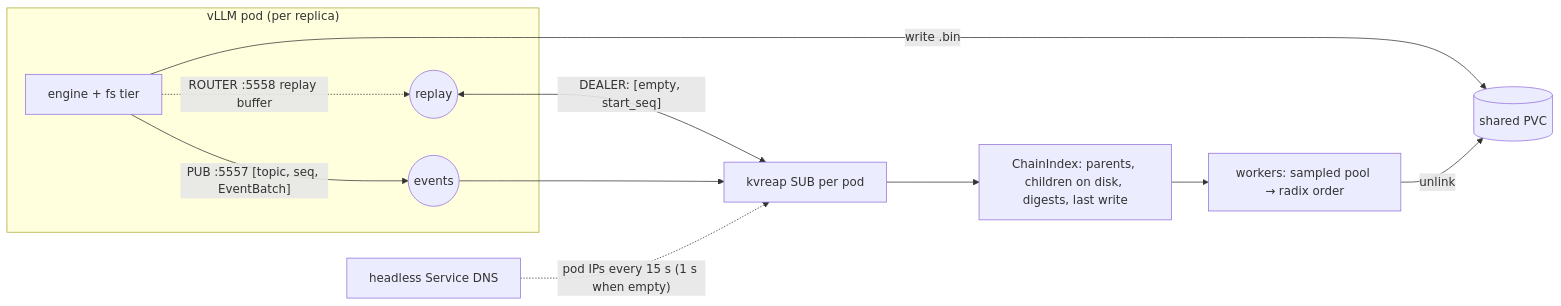
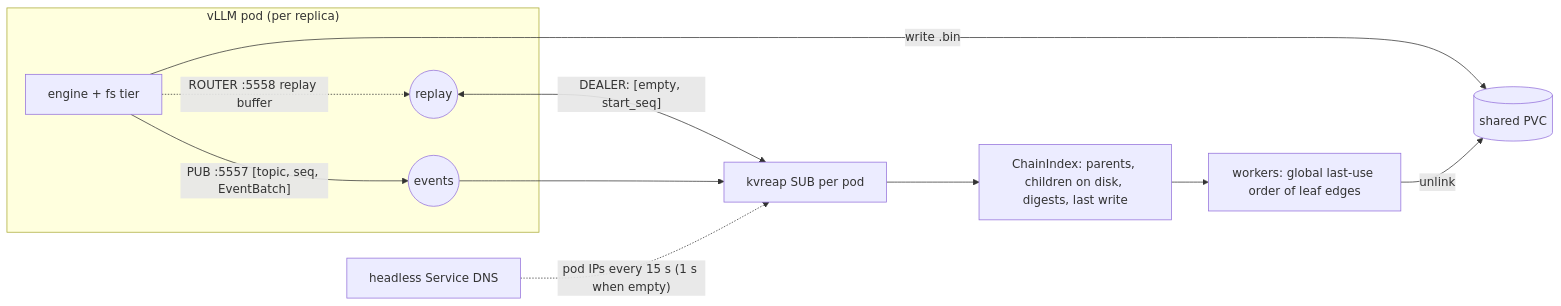
One commit to wseaton/kvreap changed the diagram in docs/report.md. Above: the diagram before and after it, drawn with Mermaid. The commit also changed other lines of this file and 41 other files, not shown here.

````diff
--- a/docs/report.md
+++ b/docs/report.md
@@ -282,14 +285,14 @@
 ```mermaid
 flowchart LR
   subgraph pod["vLLM pod (per replica)"]
     E["engine + fs tier"] -->|"PUB :5557 [topic, seq, EventBatch]"| P(("events"))
     E -.->|"ROUTER :5558 replay buffer"| R(("replay"))
   end
   P --> S["kvreap SUB per pod"]
   R <-->|"DEALER: [empty, start_seq]"| S
   S --> I["ChainIndex: parents, children on disk, digests, last write"]
-  I --> W["workers: sampled pool → radix order"]
+  I --> W["workers: global last-use order of leaf edges"]
   W -->|unlink| V[("shared PVC")]
   E -->|write .bin| V
   H["headless Service DNS"] -.->|"pod IPs every 15 s (1 s when empty)"| S
 ```
````
